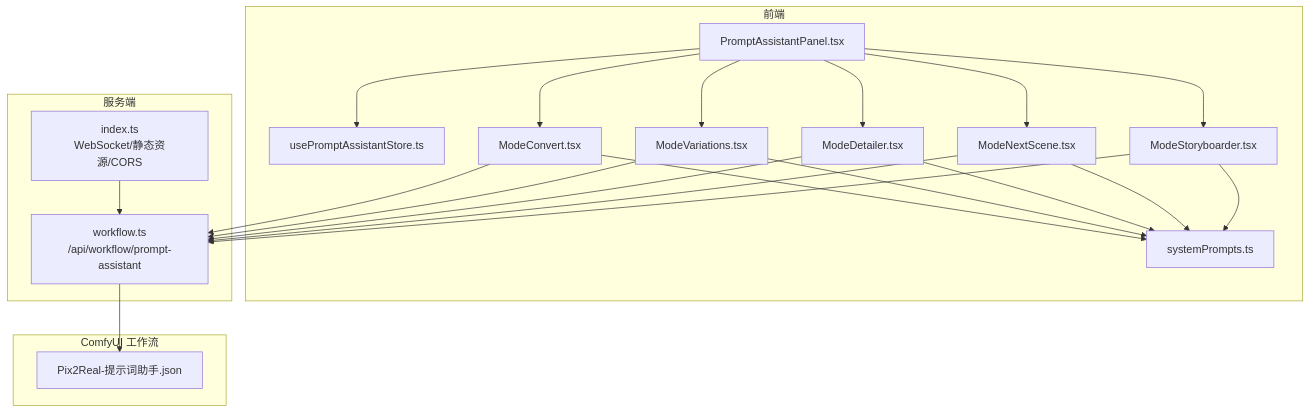
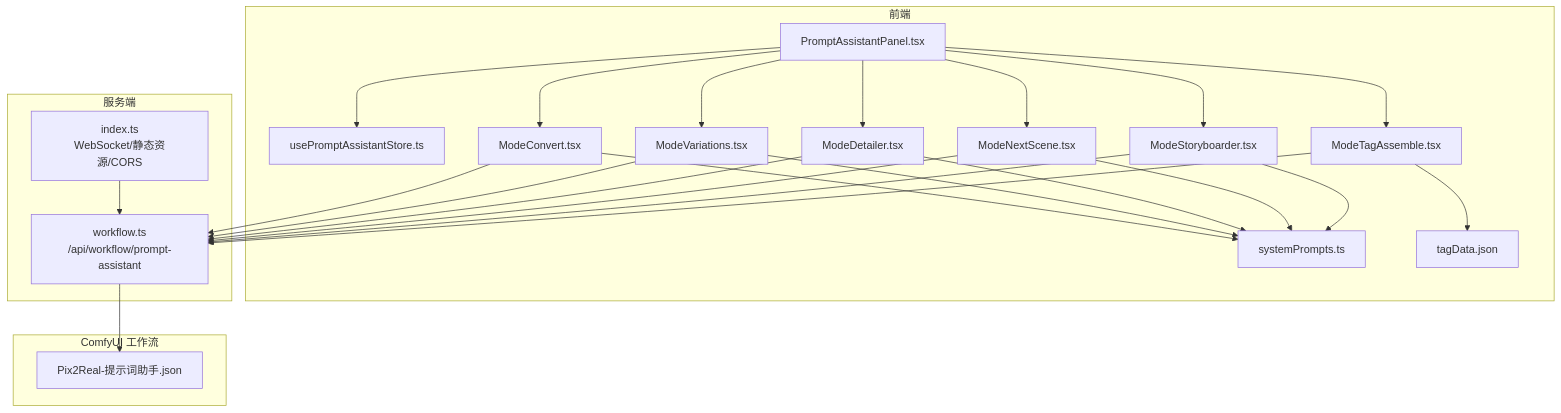
One commit to billye220670/CorineKit_Pix2Real changed the first of 5 diagrams in .qoder/repowiki/zh/content/专业功能/提示词助手.md. Above: the diagram before and after it, drawn with Mermaid. The commit also changed other lines of this file and 3 other files, not shown here.

````diff
--- a/.qoder/repowiki/zh/content/专业功能/提示词助手.md
+++ b/.qoder/repowiki/zh/content/专业功能/提示词助手.md
@@ -41,38 +45,43 @@
 ```mermaid
 graph TB
 subgraph "前端"
 UI_Panel["PromptAssistantPanel.tsx"]
 Hook_Store["usePromptAssistantStore.ts"]
 Mode_Convert["ModeConvert.tsx"]
 Mode_Vars["ModeVariations.tsx"]
 Mode_Detailer["ModeDetailer.tsx"]
 Mode_Next["ModeNextScene.tsx"]
 Mode_Story["ModeStoryboarder.tsx"]
+Mode_TagAssemble["ModeTagAssemble.tsx"]
 SysPrompts["systemPrompts.ts"]
+TagData["tagData.json"]
 end
 subgraph "服务端"
 S_Router["workflow.ts<br/>/api/workflow/prompt-assistant"]
 S_Index["index.ts<br/>WebSocket/静态资源/CORS"]
 end
 subgraph "ComfyUI 工作流"
 WF_JSON["Pix2Real-提示词助手.json"]
 end
 UI_Panel --> Hook_Store
 UI_Panel --> Mode_Convert
 UI_Panel --> Mode_Vars
 UI_Panel --> Mode_Detailer
 UI_Panel --> Mode_Next
 UI_Panel --> Mode_Story
+UI_Panel --> Mode_TagAssemble
 Mode_Convert --> SysPrompts
 Mode_Vars --> SysPrompts
 Mode_Detailer --> SysPrompts
 Mode_Next --> SysPrompts
 Mode_Story --> SysPrompts
+Mode_TagAssemble --> TagData
 Mode_Convert --> S_Router
 Mode_Vars --> S_Router
 Mode_Detailer --> S_Router
 Mode_Next --> S_Router
 Mode_Story --> S_Router
+Mode_TagAssemble --> S_Router
 S_Router --> WF_JSON
 S_Index --> S_Router
 ```
````
